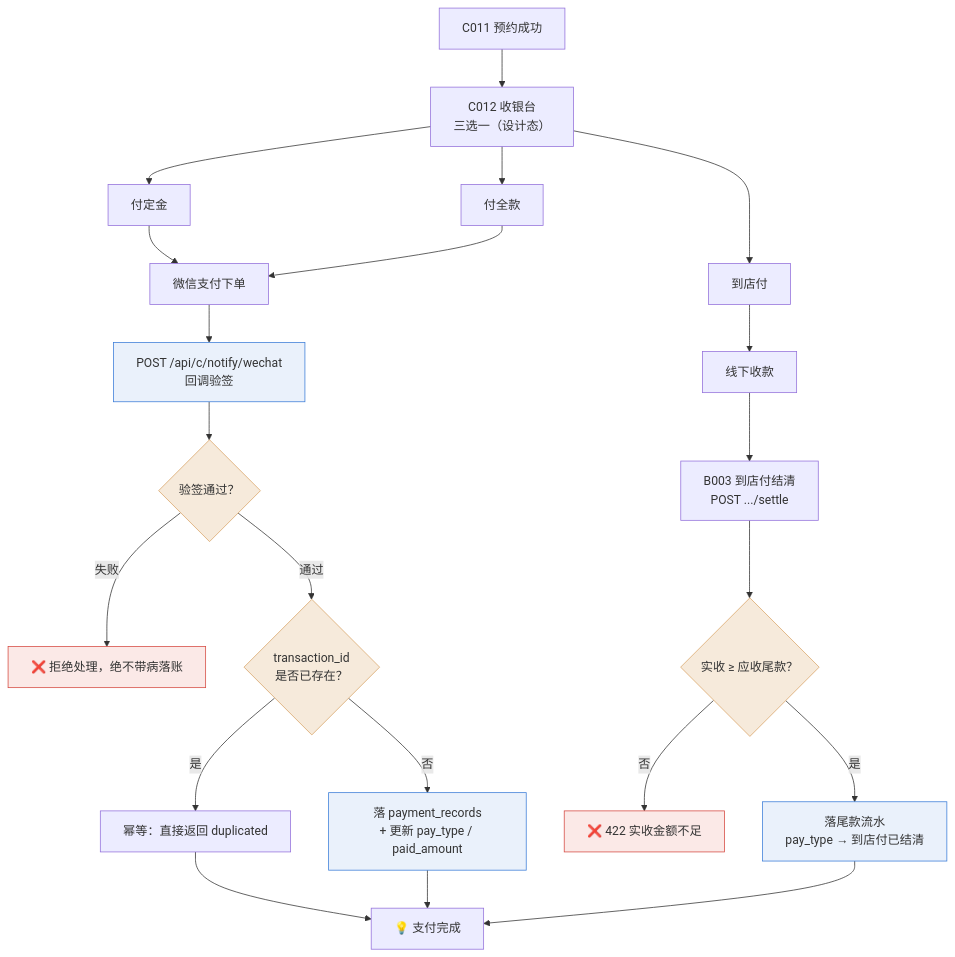
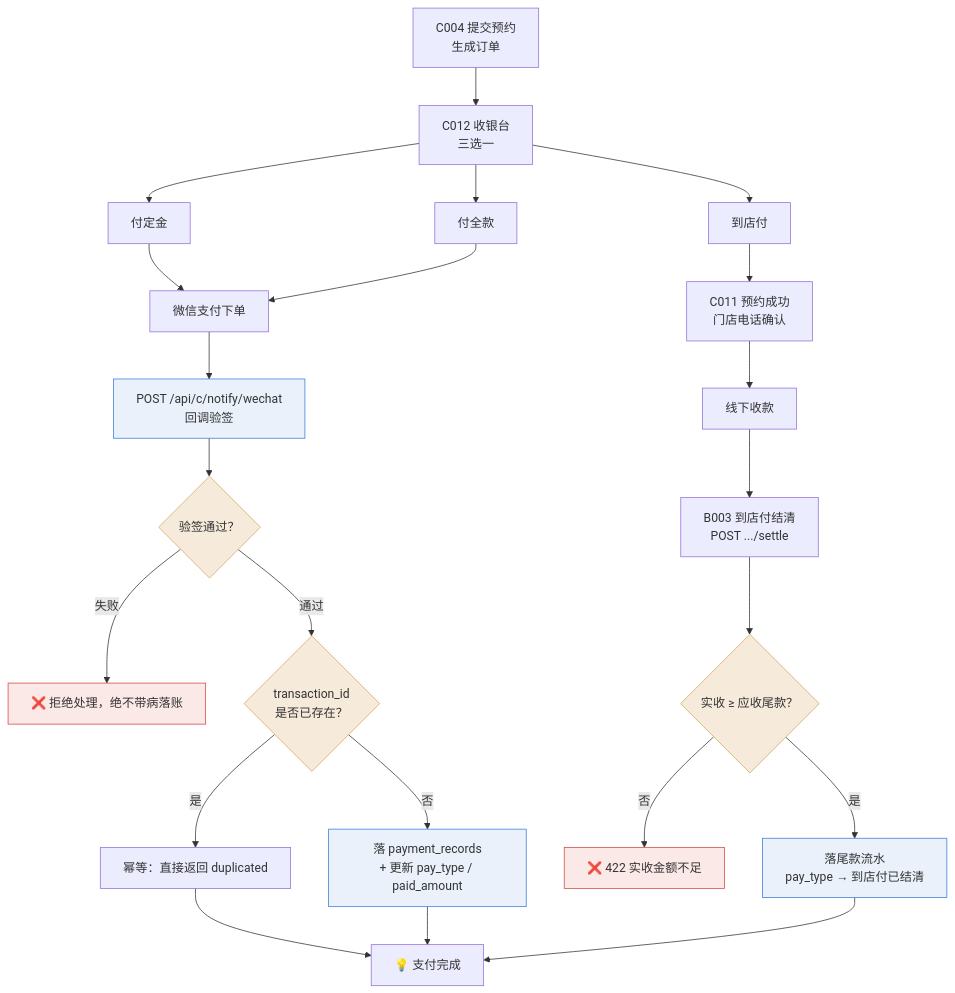
The third of 23 diagrams in 03-技术文档/pet_xiaoman_业务流程图_v1.0.md (genapohub/pet-xiaoman), drawn with Mermaid before and after one commit. The commit also changed other lines of this file and 24 other files, not shown here.

````diff
--- a/03-技术文档/pet_xiaoman_业务流程图_v1.0.md
+++ b/03-技术文档/pet_xiaoman_业务流程图_v1.0.md
@@ -166,35 +166,36 @@
 ```mermaid
 flowchart TD
-    A["C011 预约成功"] --> B["C012 收银台<br/>三选一（设计态）"]
+    A["C004 提交预约<br/>生成订单"] --> B["C012 收银台<br/>三选一"]
     B --> C1["付定金"]
     B --> C2["付全款"]
     B --> C3["到店付"]
 
     C1 --> W["微信支付下单"]
     C2 --> W
     W --> CB["POST /api/c/notify/wechat<br/>回调验签"]
     CB --> V{"验签通过？"}
     V -->|失败| X["❌ 拒绝处理，绝不带病落账"]
     V -->|通过| ID{"transaction_id<br/>是否已存在？"}
     ID -->|是| DUP["幂等：直接返回 duplicated"]
     ID -->|否| REC["落 payment_records<br/>+ 更新 pay_type / paid_amount"]
 
-    C3 --> OFF["线下收款"]
+    C3 --> OK["C011 预约成功<br/>门店电话确认"]
+    OK --> OFF["线下收款"]
     OFF --> SET["B003 到店付结清<br/>POST .../settle"]
     SET --> CHK{"实收 ≥ 应收尾款？"}
     CHK -->|否| Y["❌ 422 实收金额不足"]
     CHK -->|是| REC2["落尾款流水<br/>pay_type → 到店付已结清"]
 
     REC --> FIN["💡 支付完成"]
     REC2 --> FIN
     DUP --> FIN
 
     style X fill:#FBE9E7,stroke:#D54941
     style Y fill:#FBE9E7,stroke:#D54941
     style V fill:#F6EADB,stroke:#D9A468
     style ID fill:#F6EADB,stroke:#D9A468
     style CHK fill:#F6EADB,stroke:#D9A468
     style CB fill:#EAF1FB,stroke:#3B7DD8
     style REC fill:#EAF1FB,stroke:#3B7DD8
     style REC2 fill:#EAF1FB,stroke:#3B7DD8
 ```
````
